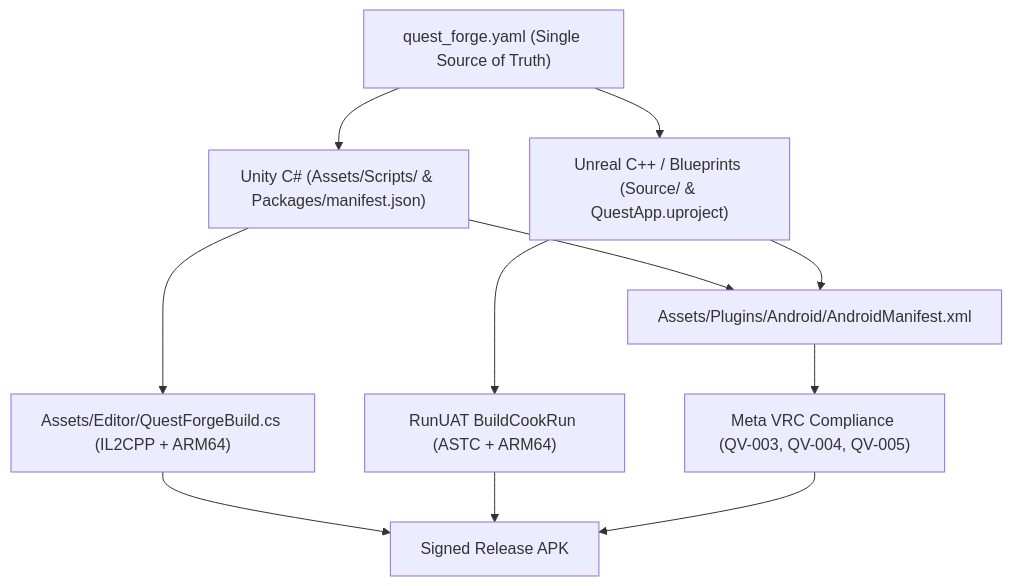
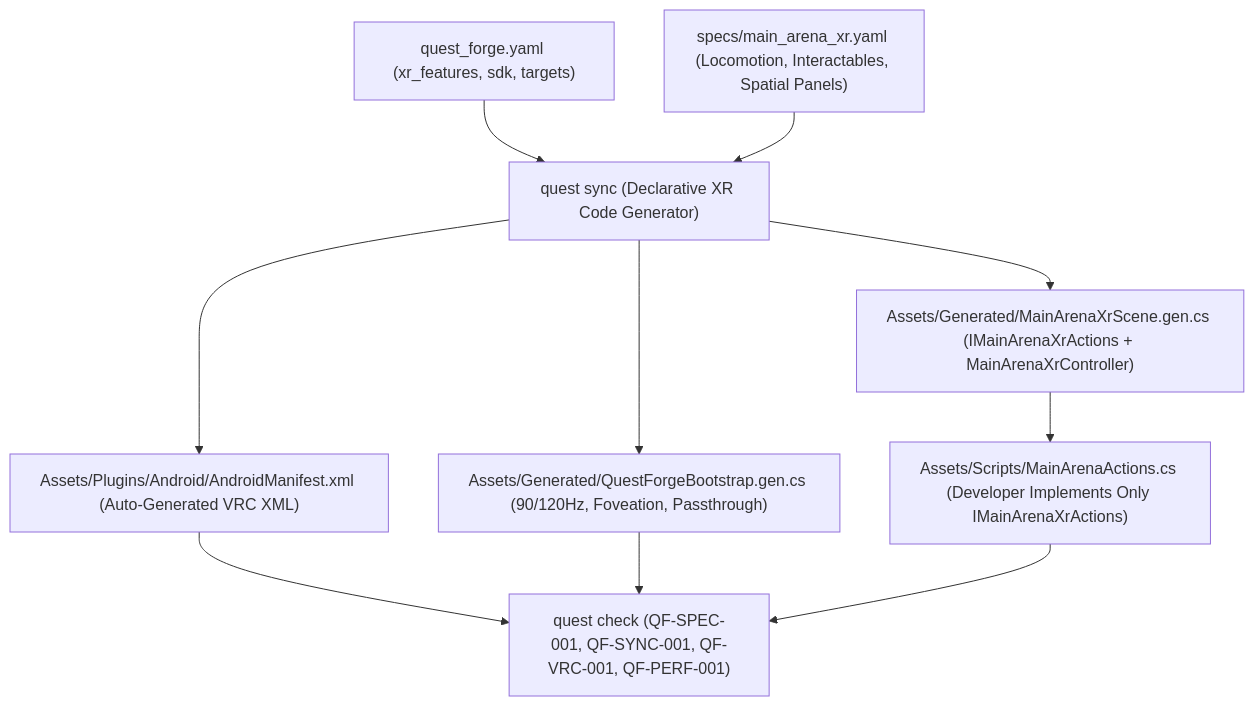
The fourth of 10 diagrams in docs/3-design/developer_workflow.md (sweengineeringlabs/questforge), drawn with Mermaid before and after one commit. The commit also changed other lines of this file and 6 other files, not shown here.

Commit message:
feat(codegen): implement declarative XR scene & interaction codegen from specs/*_xr.yaml (#16)

````diff
--- a/docs/3-design/developer_workflow.md
+++ b/docs/3-design/developer_workflow.md
@@ -154,13 +154,21 @@
 ```mermaid
 flowchart TD
-    Manifest["quest_forge.yaml (Single Source of Truth)"] --> Unity["Unity C# (Assets/Scripts/ & Packages/manifest.json)"]
-    Manifest --> Unreal["Unreal C++ / Blueprints (Source/ & QuestApp.uproject)"]
-    Unity --> AndroidManifest["Assets/Plugins/Android/AndroidManifest.xml"]
-    Unreal --> AndroidManifest
-    Unity --> Builder["Assets/Editor/QuestForgeBuild.cs (IL2CPP + ARM64)"]
-    Unreal --> UAT["RunUAT BuildCookRun (ASTC + ARM64)"]
-    AndroidManifest --> VRC["Meta VRC Compliance (QV-003, QV-004, QV-005)"]
-    Builder --> APK["Signed Release APK"]
-    UAT --> APK
-    VRC --> APK
+    Manifest["quest_forge.yaml (xr_features, sdk, targets)"]
+    SceneSpec["specs/main_arena_xr.yaml (Locomotion, Interactables, Spatial Panels)"]
+    Sync["quest sync (Declarative XR Code Generator)"]
+    AndroidManifest["Assets/Plugins/Android/AndroidManifest.xml (Auto-Generated VRC XML)"]
+    Bootstrap["Assets/Generated/QuestForgeBootstrap.gen.cs (90/120Hz, Foveation, Passthrough)"]
+    SceneGen["Assets/Generated/MainArenaXrScene.gen.cs (IMainArenaXrActions + MainArenaXrController)"]
+    UserCode["Assets/Scripts/MainArenaActions.cs (Developer Implements Only IMainArenaXrActions)"]
+    Check["quest check (QF-SPEC-001, QF-SYNC-001, QF-VRC-001, QF-PERF-001)"]
+
+    Manifest --> Sync
+    SceneSpec --> Sync
+    Sync --> AndroidManifest
+    Sync --> Bootstrap
+    Sync --> SceneGen
+    SceneGen --> UserCode
+    AndroidManifest --> Check
+    Bootstrap --> Check
+    UserCode --> Check
 ```
````
